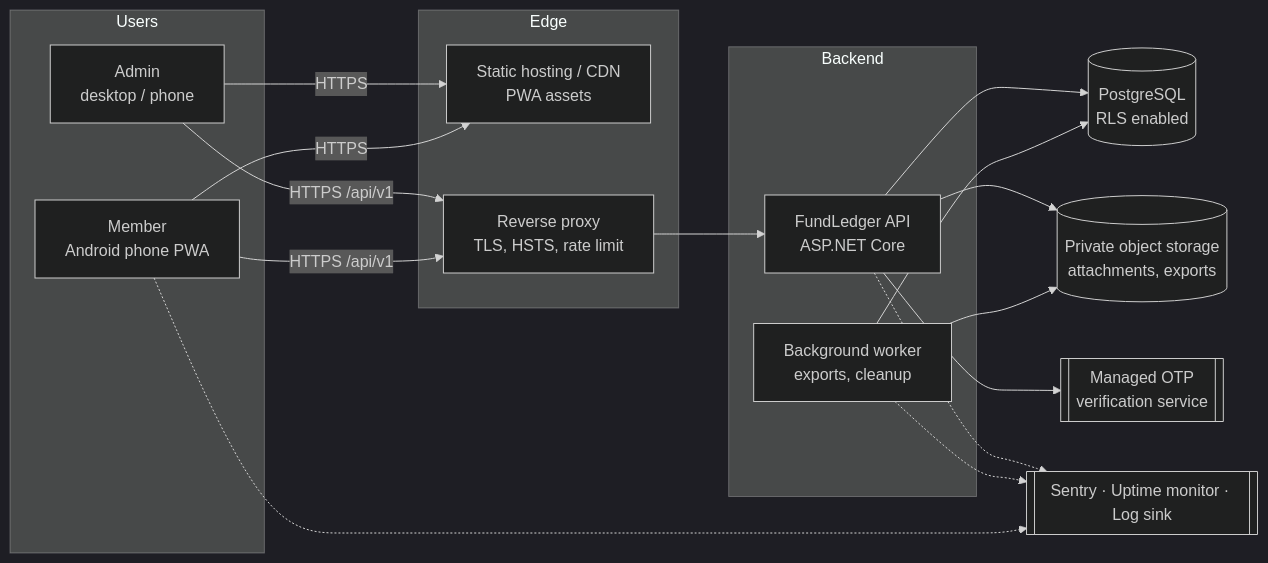
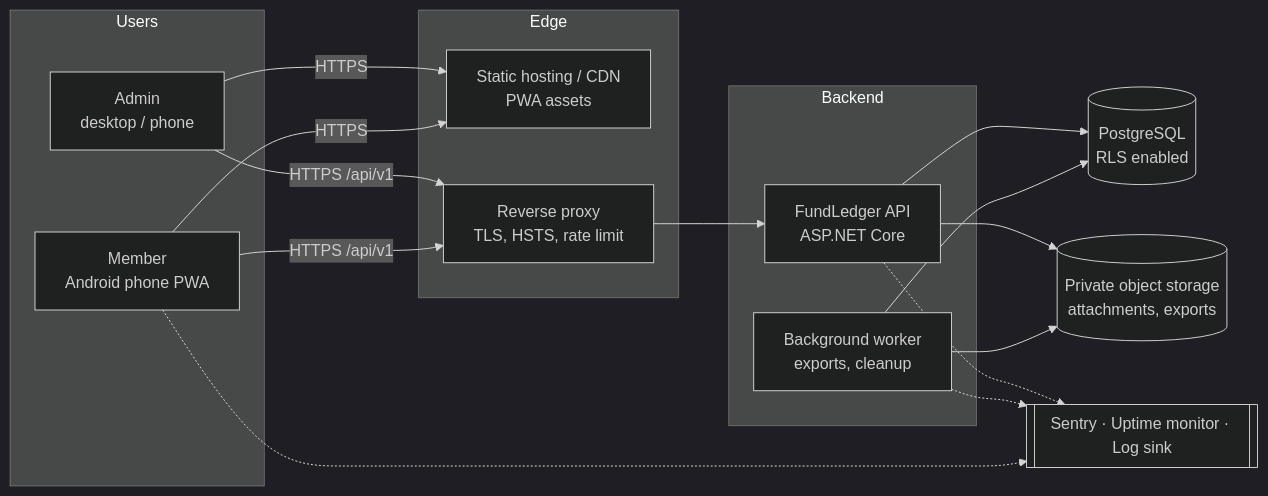
The first of 2 diagrams in docs/01-TRD.md (abbasashaikh/FundLedger---Generic-Fund-Transaction-Management), drawn with Mermaid (dark theme) before and after one commit. The commit also changed other lines of this file and 11 other files, not shown here.

First line of the commit message:
Apply product owner decisions (07-Oct-2026) to docs and schema

````diff
--- a/docs/01-TRD.md
+++ b/docs/01-TRD.md
@@ -29,27 +29,25 @@
 ```mermaid
 flowchart LR
   subgraph Users
     A[Admin<br/>desktop / phone]
     M[Member<br/>Android phone PWA]
   end
   subgraph Edge
     CDN[Static hosting / CDN<br/>PWA assets]
     RP[Reverse proxy<br/>TLS, HSTS, rate limit]
   end
   subgraph Backend
     API[FundLedger API<br/>ASP.NET Core]
     W[Background worker<br/>exports, cleanup]
   end
   DB[(PostgreSQL<br/>RLS enabled)]
   OBJ[(Private object storage<br/>attachments, exports)]
-  OTP[[Managed OTP<br/>verification service]]
   OBS[[Sentry · Uptime monitor · Log sink]]
 
   A & M -->|HTTPS| CDN
   A & M -->|HTTPS /api/v1| RP --> API
   API --> DB
   W --> DB
   API & W --> OBJ
-  API --> OTP
   API & W & M -.-> OBS
 ```
````
